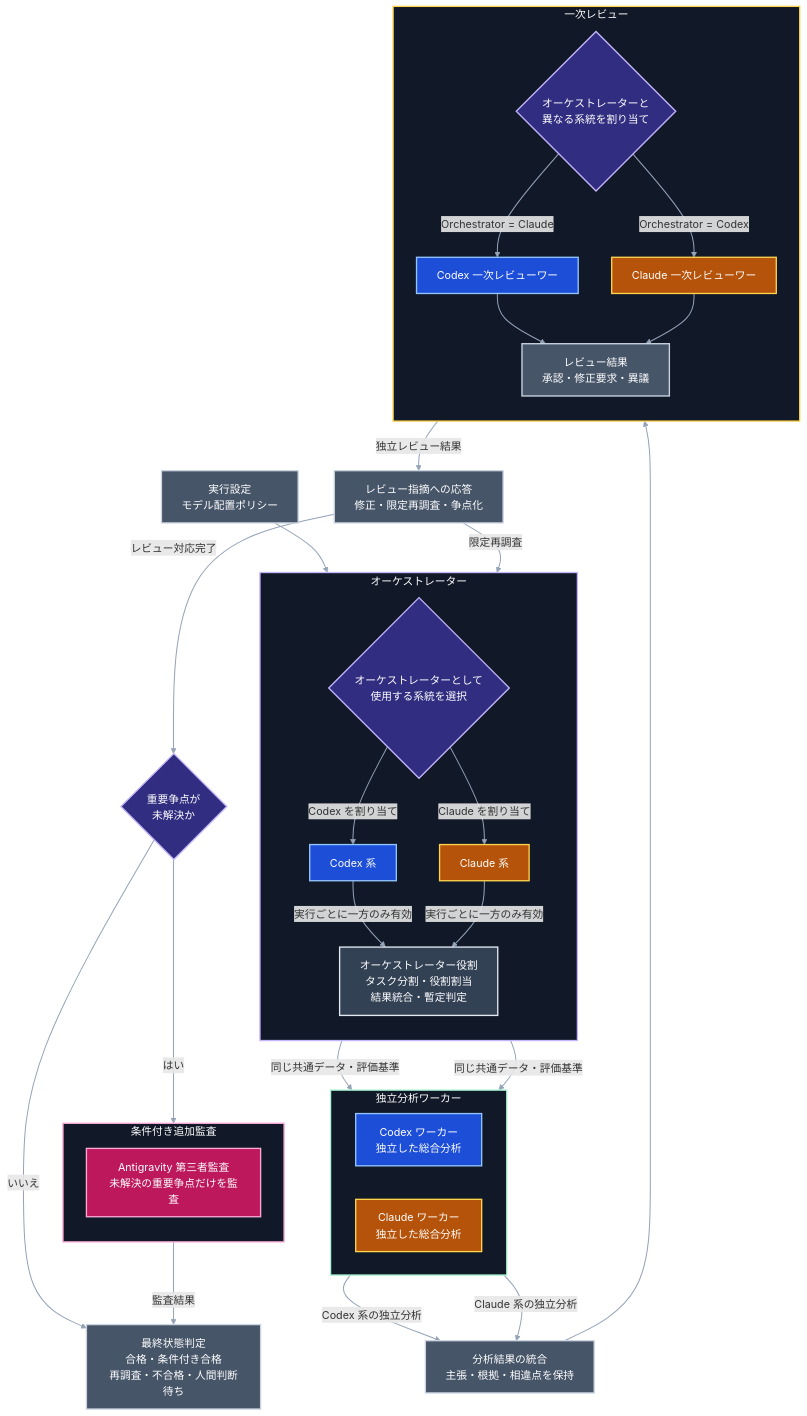
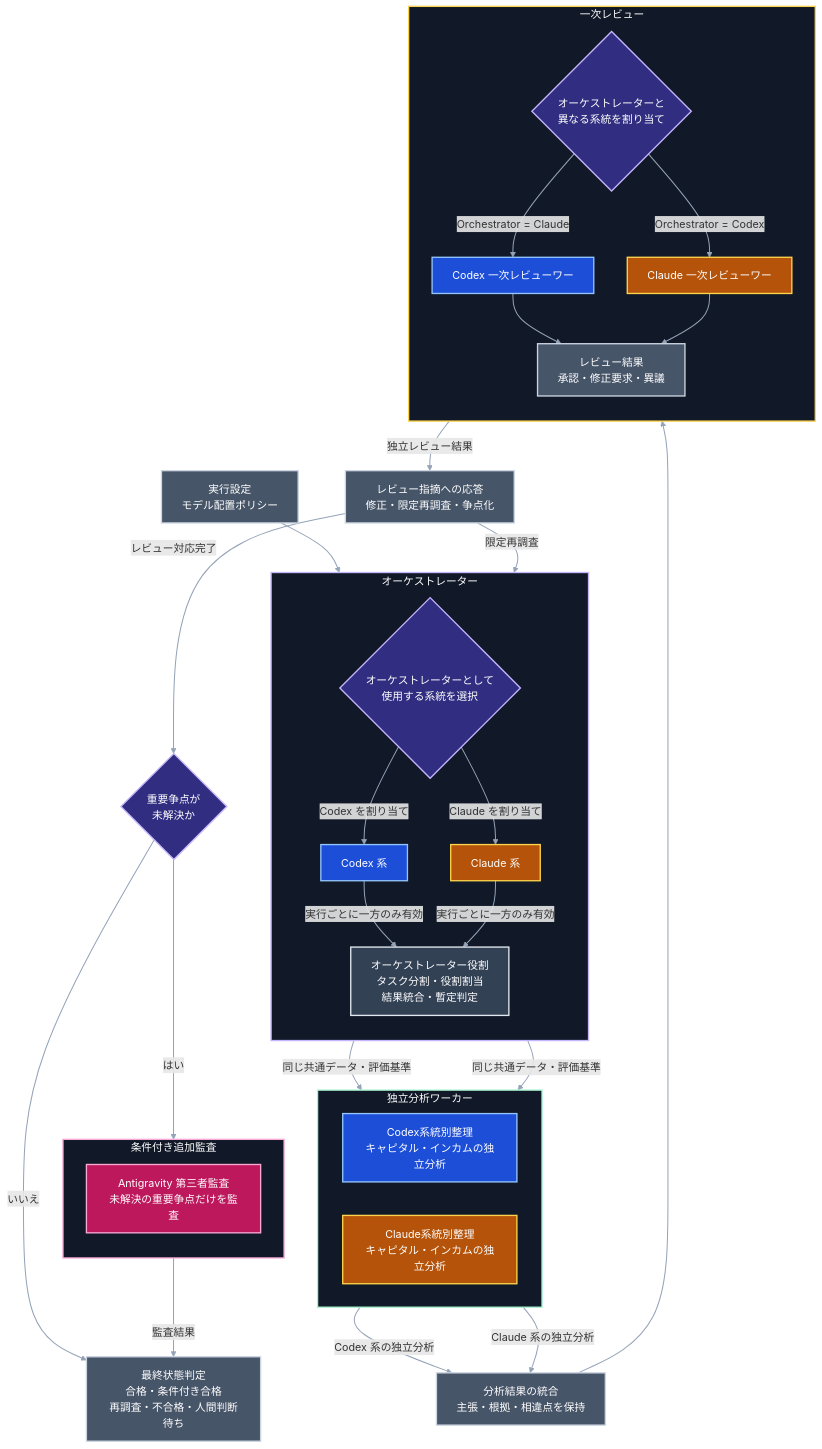
Before and after one commit to toike08D17012/system-trade-with-llm-orchestrator: the second of 11 diagrams in docs/design/03-stock-research-system-architecture.md, drawn with Mermaid. The commit also changed other lines of this file and 190 other files, not shown here.

Commit message:
Add configured stock research workflows and stable schema paths

```diff
--- a/docs/design/03-stock-research-system-architecture.md
+++ b/docs/design/03-stock-research-system-architecture.md
@@ -227,8 +227,8 @@
     subgraph WORKERS["独立分析ワーカー"]
         direction LR
 
-        WC["Codex ワーカー<br/>独立した総合分析"]
-        WA["Claude ワーカー<br/>独立した総合分析"]
+        WC["Codex系統別整理<br/>キャピタル・インカムの独立分析"]
+        WA["Claude系統別整理<br/>キャピタル・インカムの独立分析"]
     end
 
     S["分析結果の統合<br/>主張・根拠・相違点を保持"]
```
